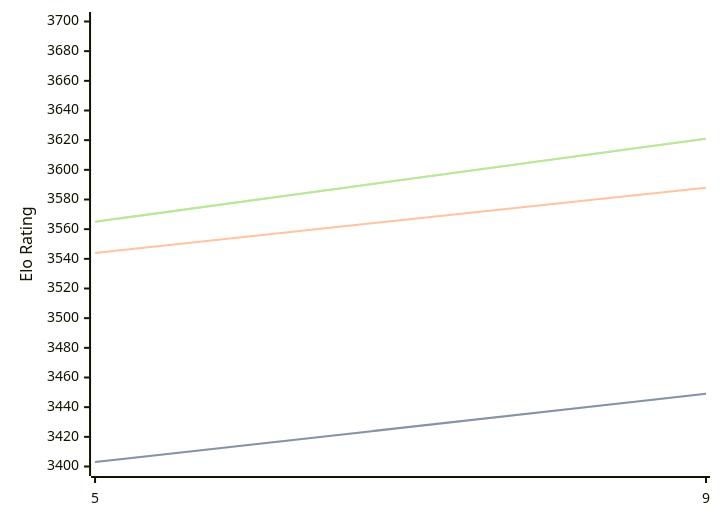
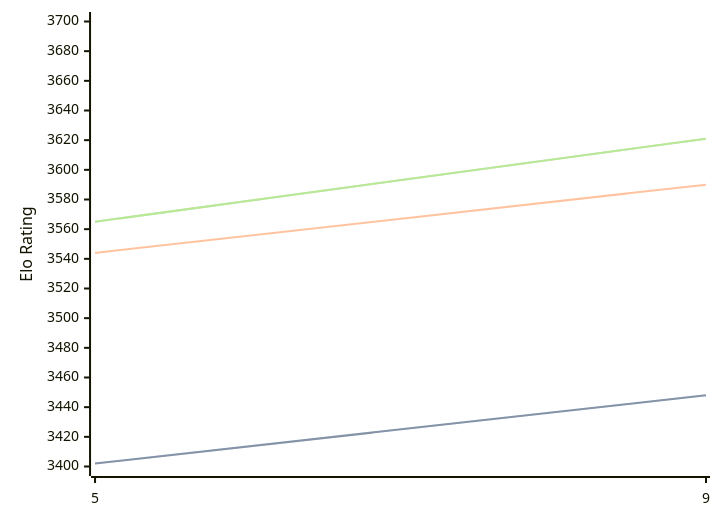
One commit to computer-chess-index/cci changed the diagram in engines/Crystal.md. Above: the diagram before and after it, drawn with Mermaid. The commit also changed other lines of this file, not shown here.

Commit message:
Update CCI Ratings (ELO VLTC) - 2026-03-22

````diff
--- a/engines/Crystal.md
+++ b/engines/Crystal.md
@@ -60,11 +60,11 @@
 ```mermaid
 %%{init: {"theme":"base","themeVariables":{"seriesColors:['#a3a3a3','#222221','#faa371']}}}%%
 xychart-beta
   x-axis ["5", "9"]
   y-axis "Elo Rating" 3400 --> 3700
-  line "STC (8.0+0.08s)" [3403, 3449]
-  line "STC (8.0+0.08s)" [3403, 3449]
-  line "LTC (60.0+0.60s)" [3544, 3588]
+  line "STC (8.0+0.08s)" [3402, 3448]
+  line "STC (8.0+0.08s)" [3402, 3448]
+  line "LTC (60.0+0.60s)" [3544, 3590]
   line "VLTC (2m24s+1.12s)" [3565, 3621]
   line "VLTC (2m24s+1.12s)" [3565, 3621]
 ```
````
